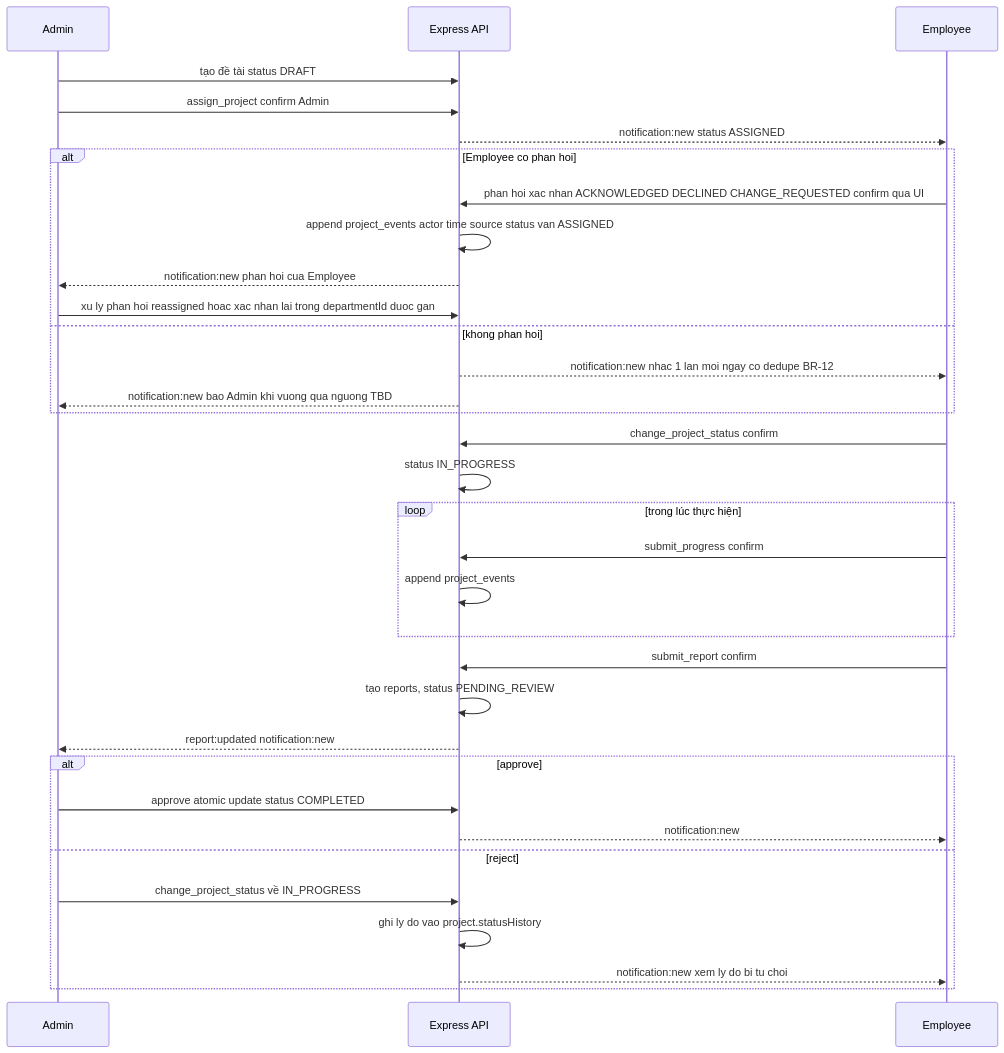
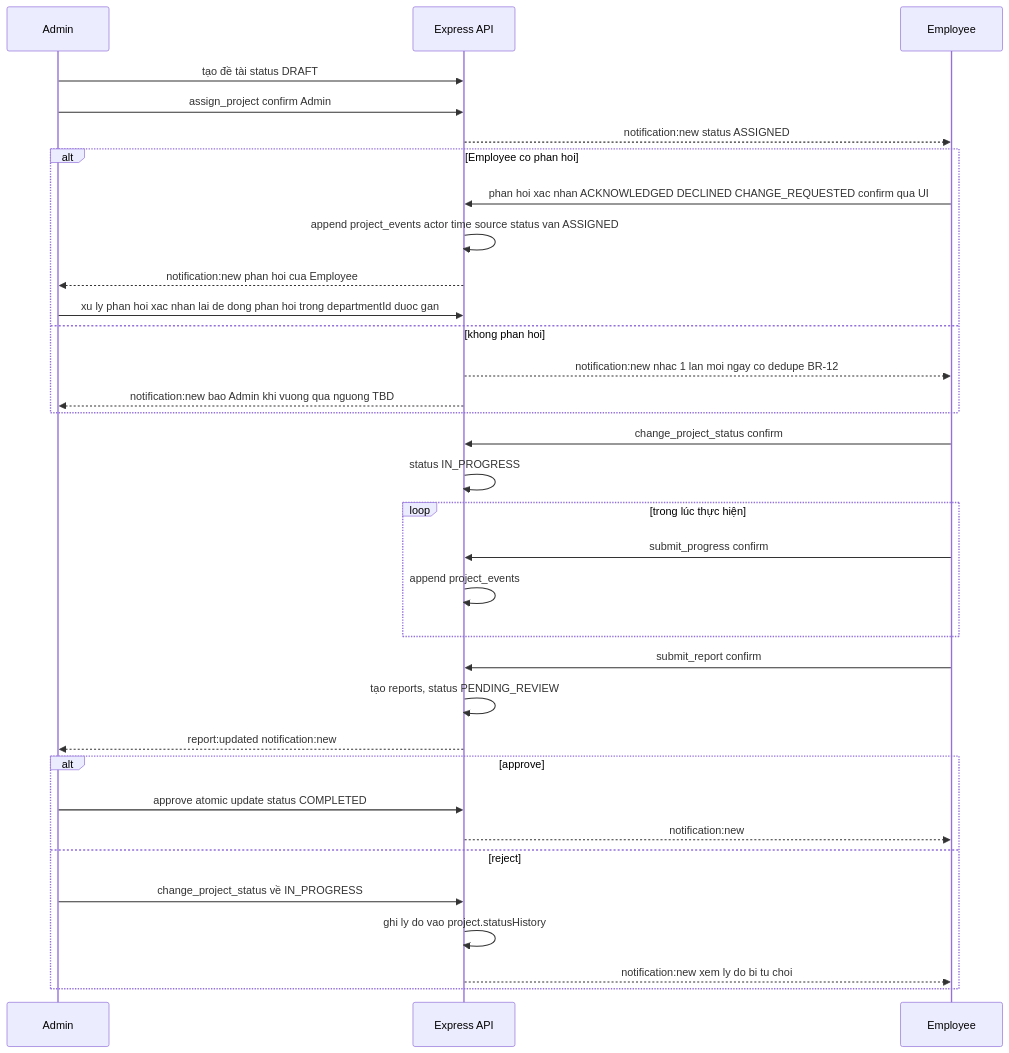
The fifth of 10 diagrams in docs/18-user-flows.md (hoangedu773/hr_blockbot), drawn with Mermaid before and after one commit. The commit also changed other lines of this file and 8 other files, not shown here.

````diff
--- a/docs/18-user-flows.md
+++ b/docs/18-user-flows.md
@@ -340,35 +345,35 @@
 ```mermaid
 sequenceDiagram
   participant Adm as Admin
   participant Sys as Express API
   participant Emp as Employee
   Adm->>Sys: tạo đề tài status DRAFT
   Adm->>Sys: assign_project confirm Admin
   Sys-->>Emp: notification:new status ASSIGNED
   alt Employee co phan hoi
     Emp->>Sys: phan hoi xac nhan ACKNOWLEDGED DECLINED CHANGE_REQUESTED confirm qua UI
     Sys->>Sys: append project_events actor time source status van ASSIGNED
     Sys-->>Adm: notification:new phan hoi cua Employee
-    Adm->>Sys: xu ly phan hoi reassigned hoac xac nhan lai trong departmentId duoc gan
+    Adm->>Sys: xu ly phan hoi xac nhan lai de dong phan hoi trong departmentId duoc gan
   else khong phan hoi
     Sys-->>Emp: notification:new nhac 1 lan moi ngay co dedupe BR-12
     Sys-->>Adm: notification:new bao Admin khi vuong qua nguong TBD
   end
   Emp->>Sys: change_project_status confirm
   Sys->>Sys: status IN_PROGRESS
   loop trong lúc thực hiện
     Emp->>Sys: submit_progress confirm
     Sys->>Sys: append project_events
   end
   Emp->>Sys: submit_report confirm
   Sys->>Sys: tạo reports, status PENDING_REVIEW
   Sys-->>Adm: report:updated notification:new
   alt approve
     Adm->>Sys: approve atomic update status COMPLETED
     Sys-->>Emp: notification:new
   else reject
     Adm->>Sys: change_project_status về IN_PROGRESS
     Sys->>Sys: ghi ly do vao project.statusHistory
     Sys-->>Emp: notification:new xem ly do bi tu choi
   end
 ```
````
